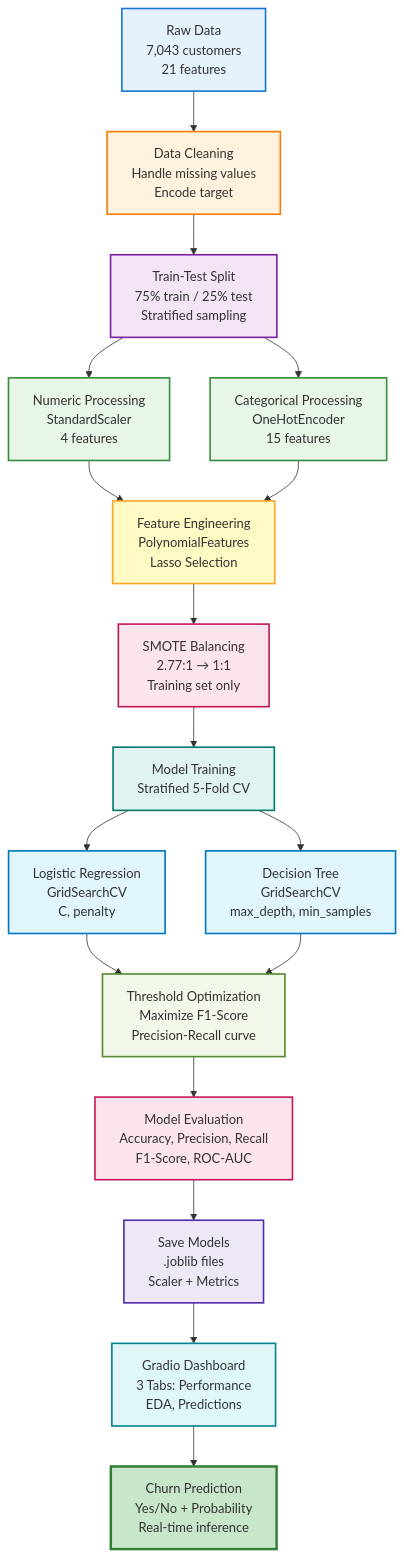
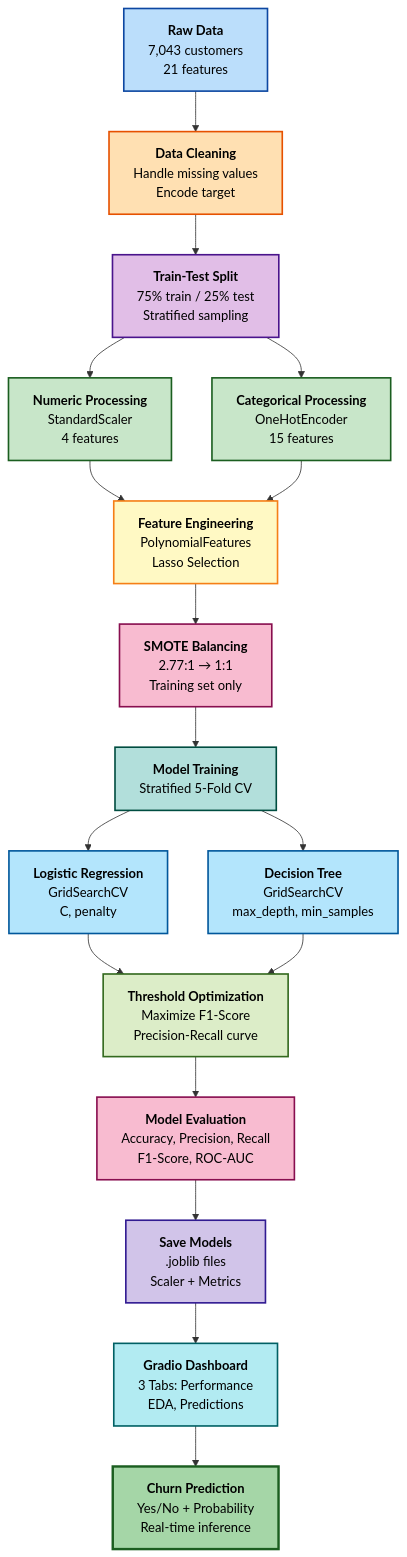
The diagram in README.md (hypnoastic/TelcoChurnPredictor), drawn with Mermaid before and after one commit.

Commit message:
Improve flowchart: darker text and better readability

````diff
--- a/README.md
+++ b/README.md
@@ -19,45 +19,45 @@
 ```mermaid
 flowchart TB
-    A["Raw Data<br/>7,043 customers<br/>21 features"] --> B["Data Cleaning<br/>Handle missing values<br/>Encode target"]
-    B --> C["Train-Test Split<br/>75% train / 25% test<br/>Stratified sampling"]
+    A["<b>Raw Data</b><br/>7,043 customers<br/>21 features"] --> B["<b>Data Cleaning</b><br/>Handle missing values<br/>Encode target"]
+    B --> C["<b>Train-Test Split</b><br/>75% train / 25% test<br/>Stratified sampling"]
     
-    C --> D["Numeric Processing<br/>StandardScaler<br/>4 features"]
-    C --> E["Categorical Processing<br/>OneHotEncoder<br/>15 features"]
+    C --> D["<b>Numeric Processing</b><br/>StandardScaler<br/>4 features"]
+    C --> E["<b>Categorical Processing</b><br/>OneHotEncoder<br/>15 features"]
     
-    D --> F["Feature Engineering<br/>PolynomialFeatures<br/>Lasso Selection"]
+    D --> F["<b>Feature Engineering</b><br/>PolynomialFeatures<br/>Lasso Selection"]
     E --> F
     
-    F --> G["SMOTE Balancing<br/>2.77:1 → 1:1<br/>Training set only"]
+    F --> G["<b>SMOTE Balancing</b><br/>2.77:1 → 1:1<br/>Training set only"]
     
-    G --> H["Model Training<br/>Stratified 5-Fold CV"]
+    G --> H["<b>Model Training</b><br/>Stratified 5-Fold CV"]
     
-    H --> I["Logistic Regression<br/>GridSearchCV<br/>C, penalty"]
-    H --> J["Decision Tree<br/>GridSearchCV<br/>max_depth, min_samples"]
+    H --> I["<b>Logistic Regression</b><br/>GridSearchCV<br/>C, penalty"]
+    H --> J["<b>Decision Tree</b><br/>GridSearchCV<br/>max_depth, min_samples"]
     
-    I --> K["Threshold Optimization<br/>Maximize F1-Score<br/>Precision-Recall curve"]
+    I --> K["<b>Threshold Optimization</b><br/>Maximize F1-Score<br/>Precision-Recall curve"]
     J --> K
     
-    K --> L["Model Evaluation<br/>Accuracy, Precision, Recall<br/>F1-Score, ROC-AUC"]
+    K --> L["<b>Model Evaluation</b><br/>Accuracy, Precision, Recall<br/>F1-Score, ROC-AUC"]
     
-    L --> M["Save Models<br/>.joblib files<br/>Scaler + Metrics"]
+    L --> M["<b>Save Models</b><br/>.joblib files<br/>Scaler + Metrics"]
     
-    M --> N["Gradio Dashboard<br/>3 Tabs: Performance<br/>EDA, Predictions"]
+    M --> N["<b>Gradio Dashboard</b><br/>3 Tabs: Performance<br/>EDA, Predictions"]
     
-    N --> O["Churn Prediction<br/>Yes/No + Probability<br/>Real-time inference"]
+    N --> O["<b>Churn Prediction</b><br/>Yes/No + Probability<br/>Real-time inference"]
     
-    style A fill:#e3f2fd,stroke:#1976d2,stroke-width:2px
-    style B fill:#fff3e0,stroke:#f57c00,stroke-width:2px
-    style C fill:#f3e5f5,stroke:#7b1fa2,stroke-width:2px
-    style D fill:#e8f5e9,stroke:#388e3c,stroke-width:2px
-    style E fill:#e8f5e9,stroke:#388e3c,stroke-width:2px
-    style F fill:#fff9c4,stroke:#f9a825,stroke-width:2px
-    style G fill:#fce4ec,stroke:#c2185b,stroke-width:2px
-    style H fill:#e0f2f1,stroke:#00796b,stroke-width:2px
-    style I fill:#e1f5fe,stroke:#0277bd,stroke-width:2px
-    style J fill:#e1f5fe,stroke:#0277bd,stroke-width:2px
-    style K fill:#f1f8e9,stroke:#558b2f,stroke-width:2px
-    style L fill:#fce4ec,stroke:#c2185b,stroke-width:2px
-    style M fill:#ede7f6,stroke:#512da8,stroke-width:2px
-    style N fill:#e0f7fa,stroke:#00838f,stroke-width:2px
-    style O fill:#c8e6c9,stroke:#2e7d32,stroke-width:3px
+    style A fill:#bbdefb,stroke:#0d47a1,stroke-width:2px,color:#000
+    style B fill:#ffe0b2,stroke:#e65100,stroke-width:2px,color:#000
+    style C fill:#e1bee7,stroke:#4a148c,stroke-width:2px,color:#000
+    style D fill:#c8e6c9,stroke:#1b5e20,stroke-width:2px,color:#000
+    style E fill:#c8e6c9,stroke:#1b5e20,stroke-width:2px,color:#000
+    style F fill:#fff9c4,stroke:#f57f17,stroke-width:2px,color:#000
+    style G fill:#f8bbd0,stroke:#880e4f,stroke-width:2px,color:#000
+    style H fill:#b2dfdb,stroke:#004d40,stroke-width:2px,color:#000
+    style I fill:#b3e5fc,stroke:#01579b,stroke-width:2px,color:#000
+    style J fill:#b3e5fc,stroke:#01579b,stroke-width:2px,color:#000
+    style K fill:#dcedc8,stroke:#33691e,stroke-width:2px,color:#000
+    style L fill:#f8bbd0,stroke:#880e4f,stroke-width:2px,color:#000
+    style M fill:#d1c4e9,stroke:#311b92,stroke-width:2px,color:#000
+    style N fill:#b2ebf2,stroke:#006064,stroke-width:2px,color:#000
+    style O fill:#a5d6a7,stroke:#1b5e20,stroke-width:3px,color:#000
 ```
````
